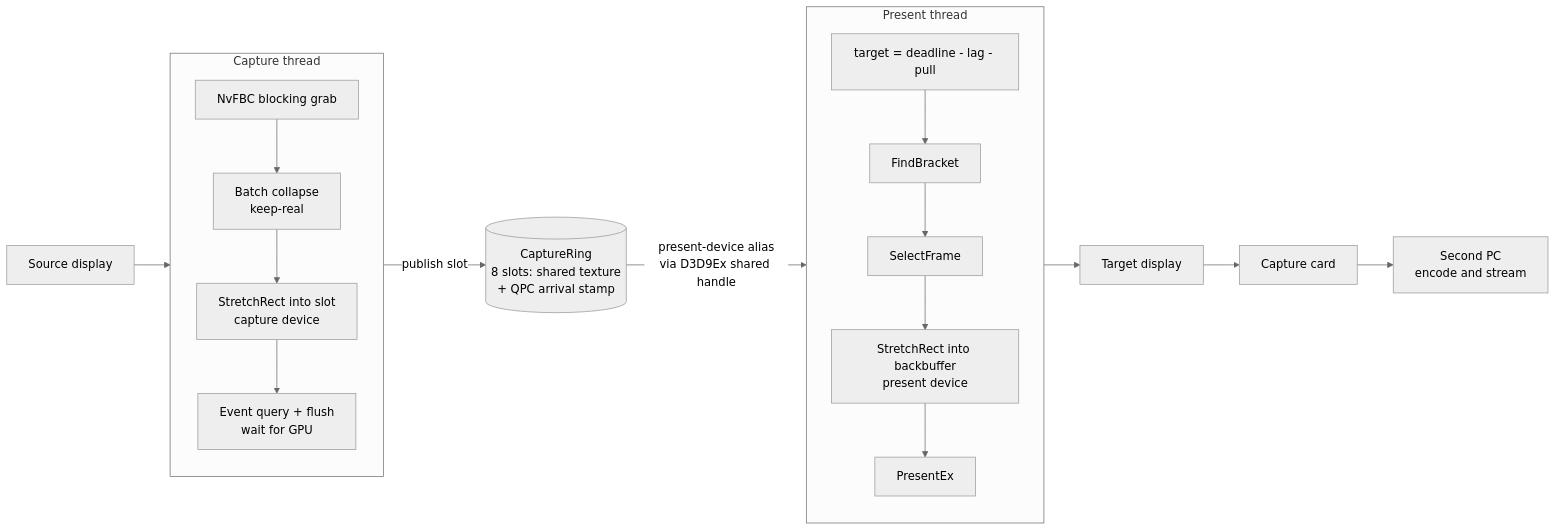
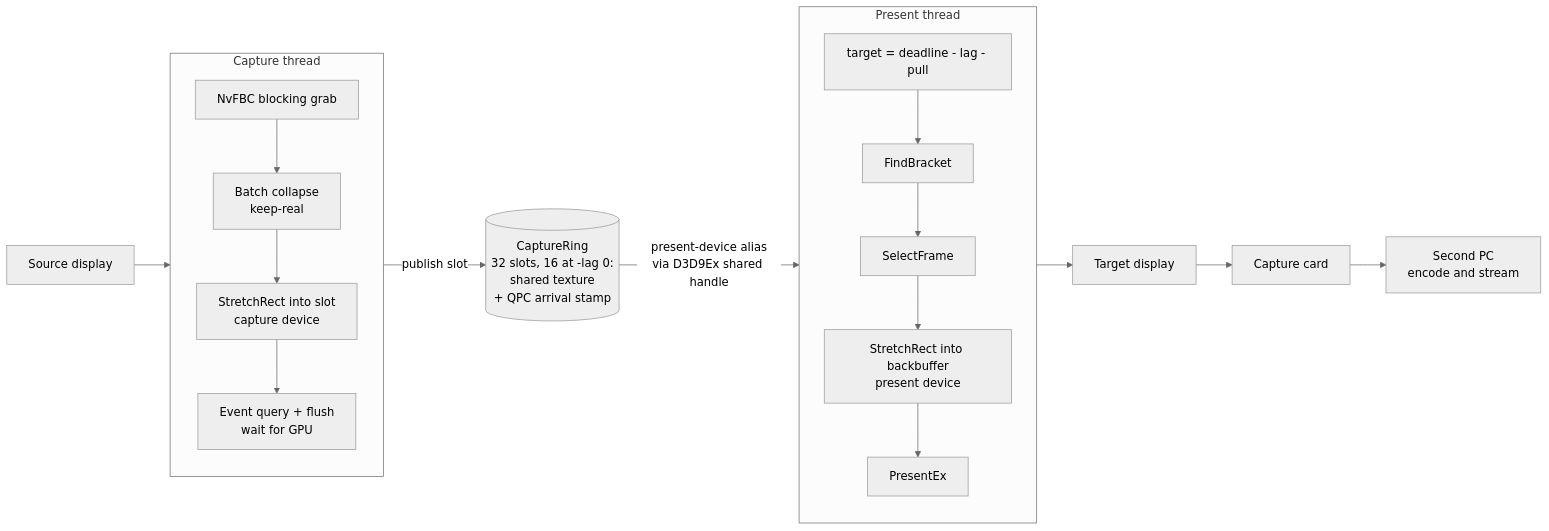
One commit to garrettsparks/nvfbc-relay changed the first of 4 diagrams in README.md. Above: the diagram before and after it, drawn with Mermaid (neutral theme). The commit also changed other lines of this file and 45 other files, not shown here.

````diff
--- a/README.md
+++ b/README.md
@@ -241,34 +246,34 @@
 ```mermaid
 flowchart LR
     SRCD["Source display"]
 
     subgraph CAPT["Capture thread"]
         direction TB
         GRAB["NvFBC blocking grab"]
         COLL["Batch collapse<br/>keep-real"]
         SR1["StretchRect into slot<br/>capture device"]
         FLUSH["Event query + flush<br/>wait for GPU"]
         GRAB --> COLL --> SR1 --> FLUSH
     end
 
-    RING[("CaptureRing<br/>8 slots: shared texture<br/>+ QPC arrival stamp")]
+    RING[("CaptureRing<br/>32 slots, 16 at -lag 0:<br/>shared texture<br/>+ QPC arrival stamp")]
 
     subgraph PREST["Present thread"]
         direction TB
         TGT["target = deadline - lag - pull"]
         FB["FindBracket"]
         SEL["SelectFrame"]
         SR2["StretchRect into backbuffer<br/>present device"]
         PX["PresentEx"]
         TGT --> FB --> SEL --> SR2 --> PX
     end
 
     OUTD["Target display"]
     CARD["Capture card"]
     PC2["Second PC<br/>encode and stream"]
 
     SRCD --> GRAB
     FLUSH -- "publish slot" --> RING
     RING -- "present-device alias<br/>via D3D9Ex shared handle" --> FB
     PX --> OUTD --> CARD --> PC2
 ```
````
